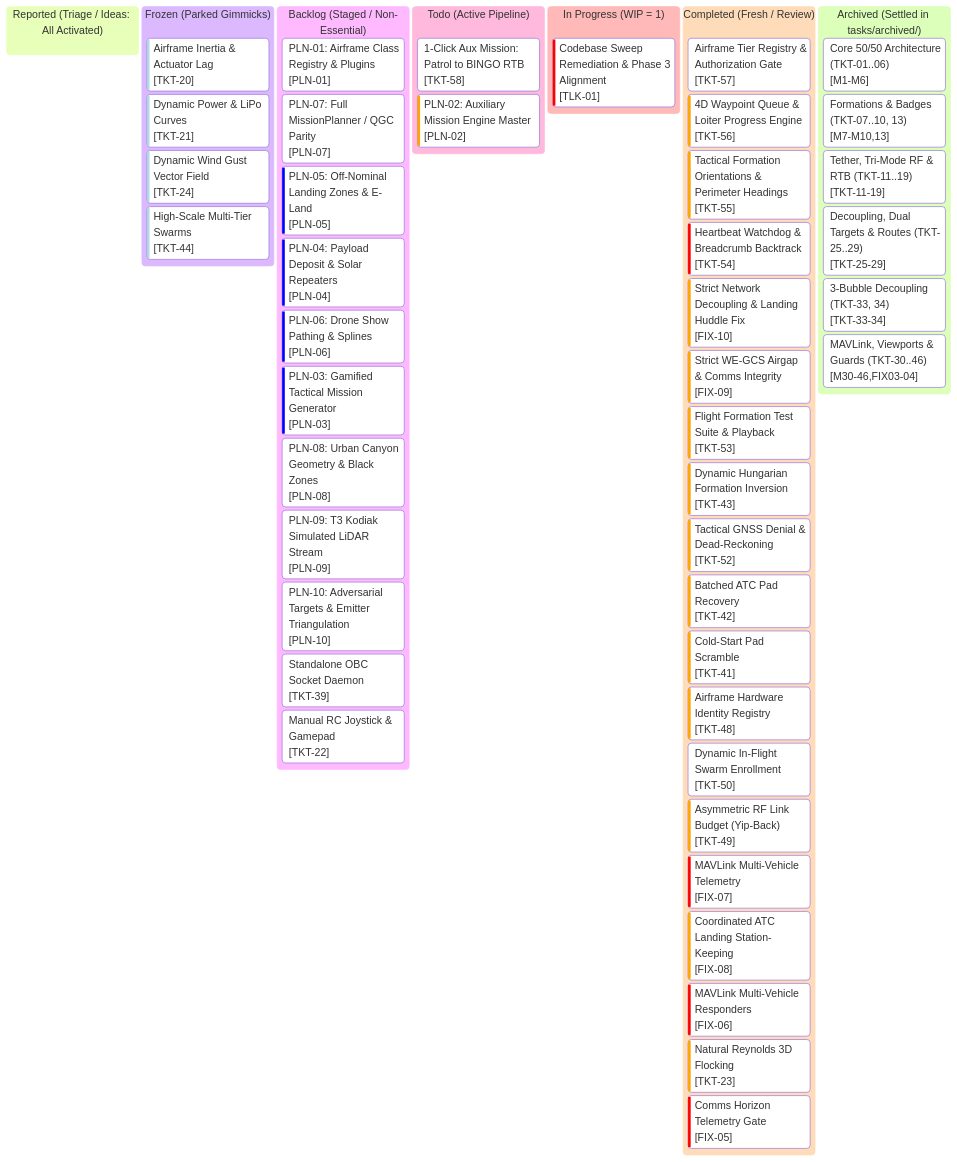
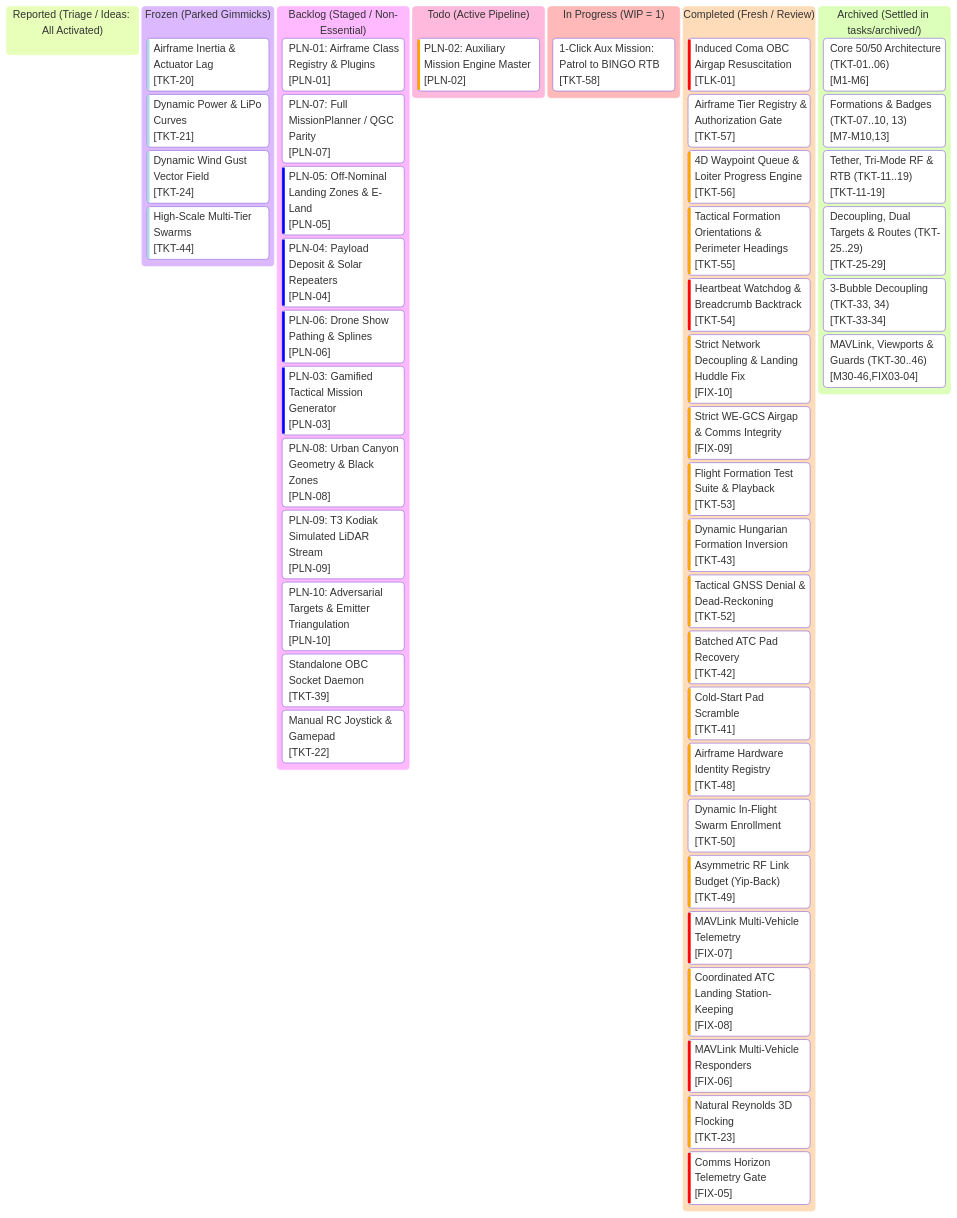
One commit to AlitheiaDeus/AlitheiaHive changed the diagram in kanban.md. Above: the diagram before and after it, drawn with Mermaid. The commit also changed 9 other files, not shown here.

````diff
--- a/kanban.md
+++ b/kanban.md
@@ -10,74 +10,74 @@
 ```mermaid
 %%{init: {
   'theme': 'base',
   'themeVariables': {
     'primaryColor': '#0d2235',
     'primaryTextColor': '#d4f4ff',
     'primaryBorderColor': '#00f0ff',
     'lineColor': '#00f0ff',
     'background': '#061019',
     'mainBkg': '#0a1926',
     'secondaryColor': '#081420',
     'secondaryTextColor': '#5a7e96',
     'secondaryBorderColor': '#134e6f',
     'tertiaryColor': '#0e263d',
     'tertiaryTextColor': '#00ffaa',
     'tertiaryBorderColor': '#00ffaa',
     'clusterBkg': '#081420',
     'clusterBorder': '#134e6f',
     'fontFamily': "'JetBrains Mono', 'Courier New', monospace"
   }
 }}%%
 kanban
   reported["Reported (Triage / Ideas: All Activated)"]
   frozen["Frozen (Parked Gimmicks)"]
     tkt20["Airframe Inertia & Actuator Lag"]@{ ticket: '[TKT-20]', priority: 'Very Low' }
     tkt21["Dynamic Power & LiPo Curves"]@{ ticket: '[TKT-21]', priority: 'Very Low' }
     tkt24["Dynamic Wind Gust Vector Field"]@{ ticket: '[TKT-24]', priority: 'Very Low' }
     tkt44["High-Scale Multi-Tier Swarms"]@{ ticket: '[TKT-44]', priority: 'Very Low' }
   backlog["Backlog (Staged / Non-Essential)"]
     pln01["PLN-01: Airframe Class Registry & Plugins"]@{ ticket: '[PLN-01]', priority: 'Medium' }
     pln07["PLN-07: Full MissionPlanner / QGC Parity"]@{ ticket: '[PLN-07]', priority: 'Medium' }
     pln05["PLN-05: Off-Nominal Landing Zones & E-Land"]@{ ticket: '[PLN-05]', priority: 'Low' }
     pln04["PLN-04: Payload Deposit & Solar Repeaters"]@{ ticket: '[PLN-04]', priority: 'Low' }
     pln06["PLN-06: Drone Show Pathing & Splines"]@{ ticket: '[PLN-06]', priority: 'Low' }
     pln03["PLN-03: Gamified Tactical Mission Generator"]@{ ticket: '[PLN-03]', priority: 'Low' }
     pln08["PLN-08: Urban Canyon Geometry & Black Zones"]@{ ticket: '[PLN-08]', priority: 'Medium' }
     pln09["PLN-09: T3 Kodiak Simulated LiDAR Stream"]@{ ticket: '[PLN-09]', priority: 'Medium' }
     pln10["PLN-10: Adversarial Targets & Emitter Triangulation"]@{ ticket: '[PLN-10]', priority: 'Medium' }
     tkt39["Standalone OBC Socket Daemon"]@{ ticket: '[TKT-39]', priority: 'Medium' }
     tkt22["Manual RC Joystick & Gamepad"]@{ ticket: '[TKT-22]', priority: 'Medium' }
   todo["Todo (Active Pipeline)"]
-    tkt58["1-Click Aux Mission: Patrol to BINGO RTB"]@{ ticket: '[TKT-58]', priority: 'Medium' }
     pln02["PLN-02: Auxiliary Mission Engine Master"]@{ ticket: '[PLN-02]', priority: 'High' }
   in_progress["In Progress (WIP = 1)"]
-    tlk01["Codebase Sweep Remediation & Phase 3 Alignment"]@{ ticket: '[TLK-01]', priority: 'Very High' }
+    tkt58["1-Click Aux Mission: Patrol to BINGO RTB"]@{ ticket: '[TKT-58]', priority: 'Medium' }
 
   completed["Completed (Fresh / Review)"]
+    tlk01["Induced Coma OBC Airgap Resuscitation"]@{ ticket: '[TLK-01]', priority: 'Very High' }
     tkt57["Airframe Tier Registry & Authorization Gate"]@{ ticket: '[TKT-57]', priority: 'Medium' }
     tkt56["4D Waypoint Queue & Loiter Progress Engine"]@{ ticket: '[TKT-56]', priority: 'High' }
     tkt55["Tactical Formation Orientations & Perimeter Headings"]@{ ticket: '[TKT-55]', priority: 'High' }
     tkt54["Heartbeat Watchdog & Breadcrumb Backtrack"]@{ ticket: '[TKT-54]', priority: 'Very High' }
     fix10["Strict Network Decoupling & Landing Huddle Fix"]@{ ticket: '[FIX-10]', priority: 'High' }
     fix09["Strict WE-GCS Airgap & Comms Integrity"]@{ ticket: '[FIX-09]', priority: 'High' }
     tkt53["Flight Formation Test Suite & Playback"]@{ ticket: '[TKT-53]', priority: 'High' }
     tkt43["Dynamic Hungarian Formation Inversion"]@{ ticket: '[TKT-43]', priority: 'High' }
     tkt52["Tactical GNSS Denial & Dead-Reckoning"]@{ ticket: '[TKT-52]', priority: 'High' }
     tkt42["Batched ATC Pad Recovery"]@{ ticket: '[TKT-42]', priority: 'High' }
     tkt41["Cold-Start Pad Scramble"]@{ ticket: '[TKT-41]', priority: 'High' }
     tkt48["Airframe Hardware Identity Registry"]@{ ticket: '[TKT-48]', priority: 'High' }
     tkt50["Dynamic In-Flight Swarm Enrollment"]@{ ticket: '[TKT-50]', priority: 'Medium' }
     tkt49["Asymmetric RF Link Budget (Yip-Back)"]@{ ticket: '[TKT-49]', priority: 'High' }
     fix07["MAVLink Multi-Vehicle Telemetry"]@{ ticket: '[FIX-07]', priority: 'Very High' }
     fix08["Coordinated ATC Landing Station-Keeping"]@{ ticket: '[FIX-08]', priority: 'High' }
     fix06["MAVLink Multi-Vehicle Responders"]@{ ticket: '[FIX-06]', priority: 'Very High' }
     tkt23["Natural Reynolds 3D Flocking"]@{ ticket: '[TKT-23]', priority: 'High' }
     fix05["Comms Horizon Telemetry Gate"]@{ ticket: '[FIX-05]', priority: 'Very High' }
   archived["Archived (Settled in tasks/archived/)"]
     arch_m1_6["Core 50/50 Architecture (TKT-01..06)"]@{ ticket: '[M1-M6]' }
     arch_m7_10_13["Formations & Badges (TKT-07..10, 13)"]@{ ticket: '[M7-M10,13]' }
     arch_m11_19["Tether, Tri-Mode RF & RTB (TKT-11..19)"]@{ ticket: '[TKT-11-19]' }
     arch_m25_29["Decoupling, Dual Targets & Routes (TKT-25..29)"]@{ ticket: '[TKT-25-29]' }
     arch_m33_34["3-Bubble Decoupling (TKT-33, 34)"]@{ ticket: '[TKT-33-34]' }
     arch_m30_46["MAVLink, Viewports & Guards (TKT-30..46)"]@{ ticket: '[M30-46,FIX03-04]' }
 ```
````
